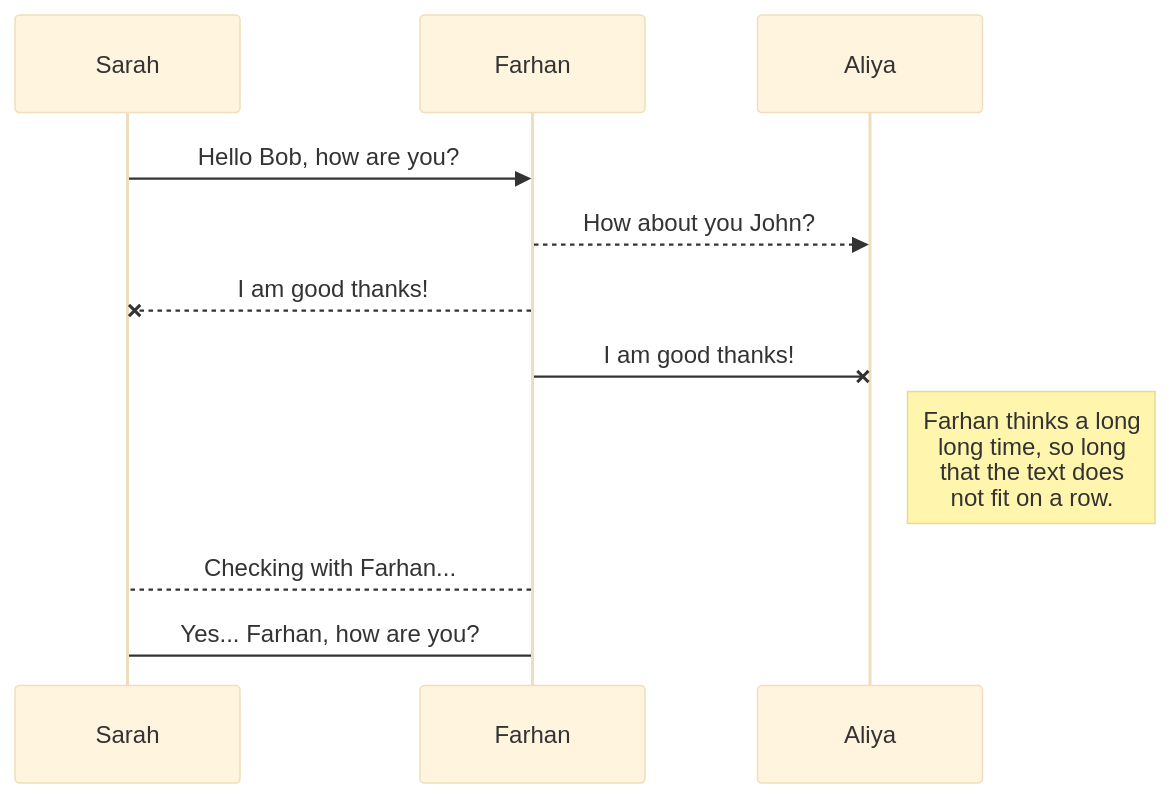
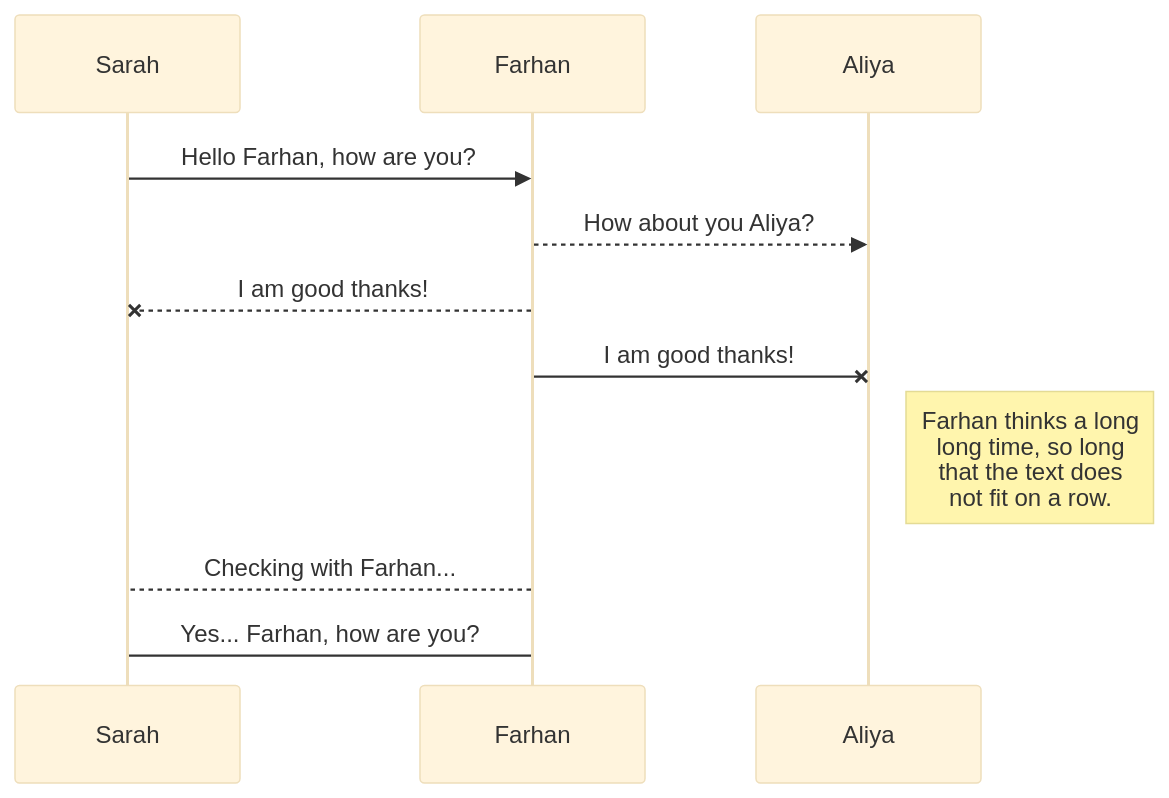
Before and after one commit to drshahizan/learn-github: the first of 2 diagrams in exercise/HPDP/nadiamel/readme.md, drawn with Mermaid (base theme).

````diff
--- a/exercise/HPDP/nadiamel/readme.md
+++ b/exercise/HPDP/nadiamel/readme.md
@@ -42,11 +42,11 @@
 ```mermaid
 sequenceDiagram
-Sarah ->> Farhan: Hello Bob, how are you?
-Farhan-->>Aliya: How about you John?
+Sarah ->> Farhan: Hello Farhan, how are you?
+Farhan-->>Aliya: How about you Aliya?
 Farhan--x Sarah: I am good thanks!
 Farhan-x Aliya: I am good thanks!
 Note right of Aliya: Farhan thinks a long<br/>long time, so long<br/>that the text does<br/>not fit on a row.
 
 Farhan-->Sarah: Checking with Farhan...
 Sarah->Farhan: Yes... Farhan, how are you?
 ```
````
